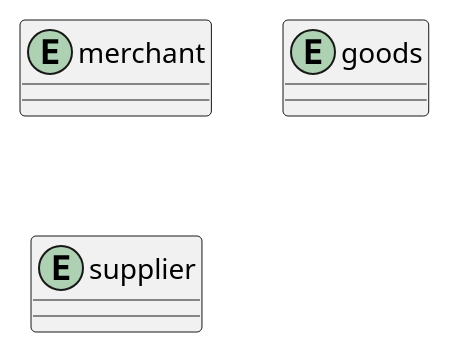
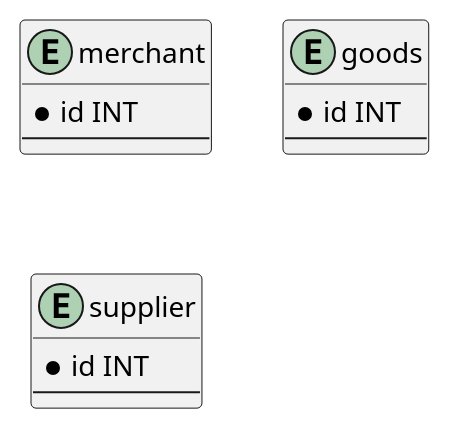
Before and after one commit to kaattuu/abucom_erd: the diagram in abucom_erd.puml, drawn with PlantUML.

Commit message:
feat(abucom_erd): add initial mandatory attributes

```diff
--- a/abucom_erd.puml
+++ b/abucom_erd.puml
@@ -1,15 +1,18 @@
 @startuml
 
 entity merchant {
-
+    * id INT
+    --
 }
 
 entity goods {
-
+    * id INT
+    --
 }
 
 entity supplier {
-    
+    * id INT
+    --
 }
 
 @enduml
```
